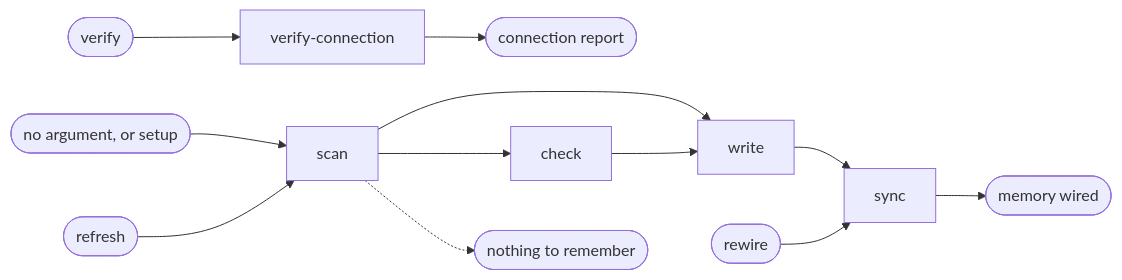
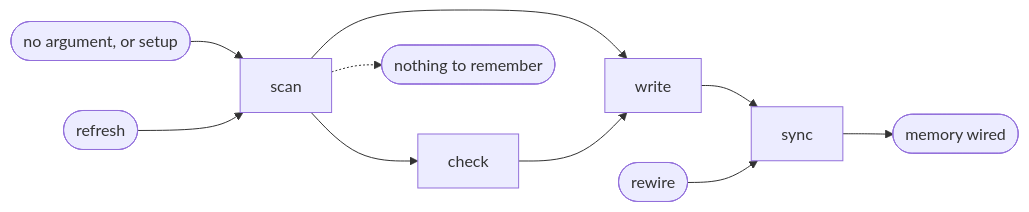
The diagram in plugins/aidd-context/skills/02-project-memory/SKILL.md (ai-driven-dev/framework), drawn with Mermaid before and after one commit. The commit also changed other lines of this file and 4 other files, not shown here.

````diff
--- a/plugins/aidd-context/skills/02-project-memory/SKILL.md
+++ b/plugins/aidd-context/skills/02-project-memory/SKILL.md
@@ -9,9 +9,7 @@
 ```mermaid
 flowchart LR
   new([no argument, or setup]) --> scan --> write --> sync --> wired([memory wired])
   update([refresh]) --> scan --> check --> write
   rewire([rewire]) --> sync
-  verify([verify]) --> verify-connection
-  verify-connection --> reported([connection report])
   scan -.-> empty([nothing to remember])
 ```
````
